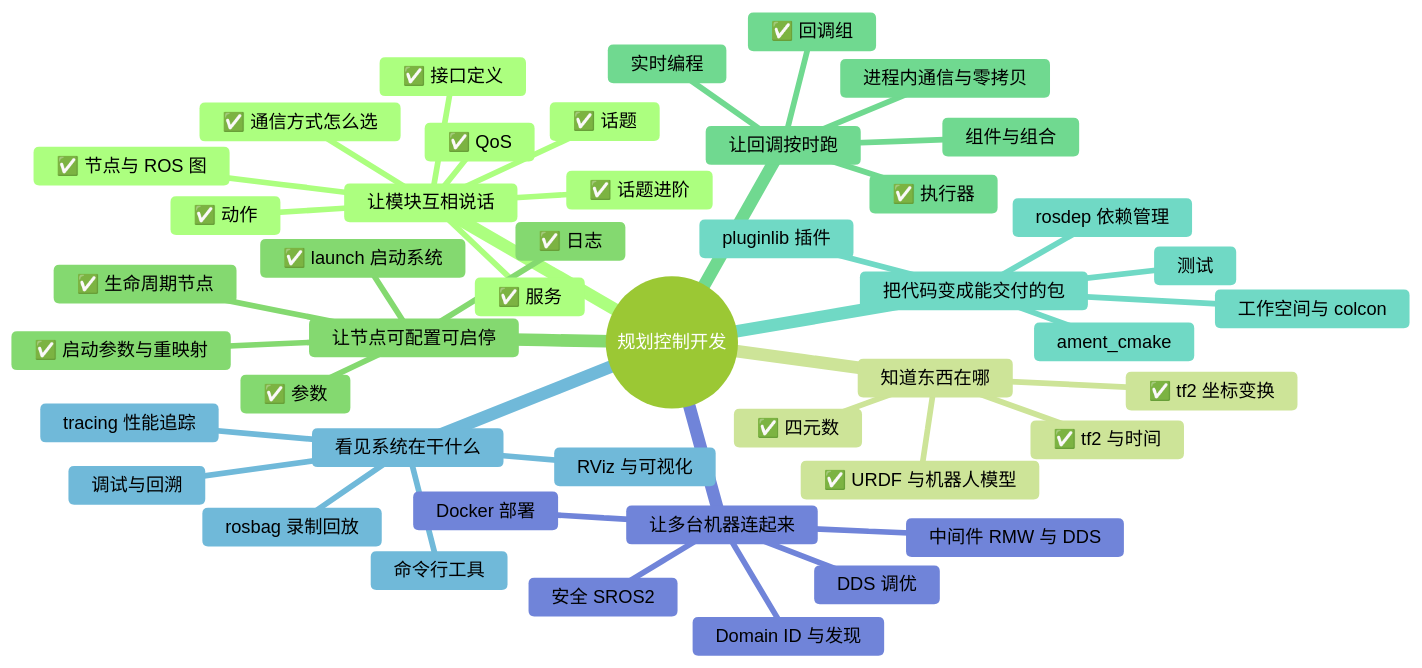
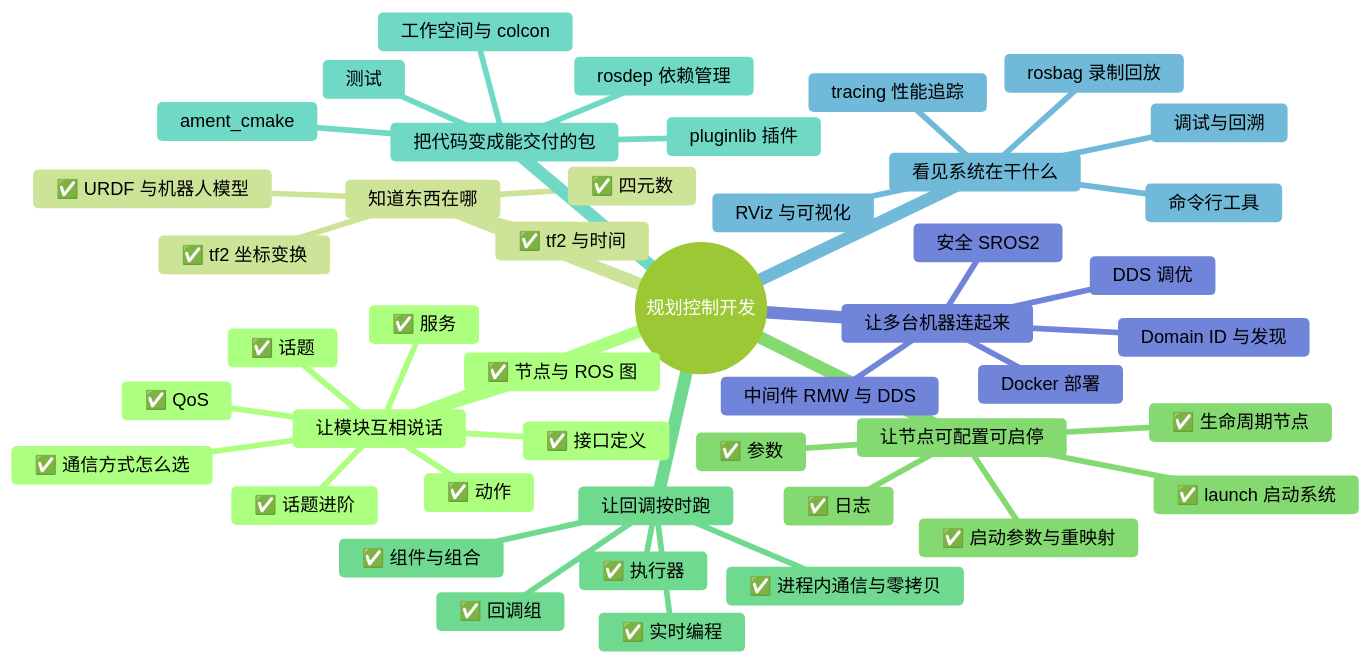
One commit to kevins-96/ros2_documentation changed the diagram in study/map/overview.md. Above: the diagram before and after it, drawn with Mermaid (forest theme). The commit also changed other lines of this file and 23 other files, not shown here.

````diff
--- a/study/map/overview.md
+++ b/study/map/overview.md
@@ -6,48 +6,48 @@
 ```mermaid
 mindmap
   root((规划控制开发))
     让模块互相说话
       ✅ 节点与 ROS 图
       ✅ 通信方式怎么选
       ✅ 话题
       ✅ QoS
       ✅ 服务
       ✅ 动作
       ✅ 接口定义
       ✅ 话题进阶
     知道东西在哪
       ✅ tf2 坐标变换
       ✅ tf2 与时间
       ✅ 四元数
       ✅ URDF 与机器人模型
     让节点可配置可启停
       ✅ 参数
       ✅ 生命周期节点
       ✅ launch 启动系统
       ✅ 启动参数与重映射
       ✅ 日志
     让回调按时跑
       ✅ 执行器
       ✅ 回调组
-      组件与组合
-      进程内通信与零拷贝
-      实时编程
+      ✅ 组件与组合
+      ✅ 进程内通信与零拷贝
+      ✅ 实时编程
     把代码变成能交付的包
       工作空间与 colcon
       ament_cmake
       rosdep 依赖管理
       pluginlib 插件
       测试
     看见系统在干什么
       命令行工具
       rosbag 录制回放
       调试与回溯
       tracing 性能追踪
       RViz 与可视化
     让多台机器连起来
       中间件 RMW 与 DDS
       Domain ID 与发现
       DDS 调优
       Docker 部署
       安全 SROS2
 ```
````
